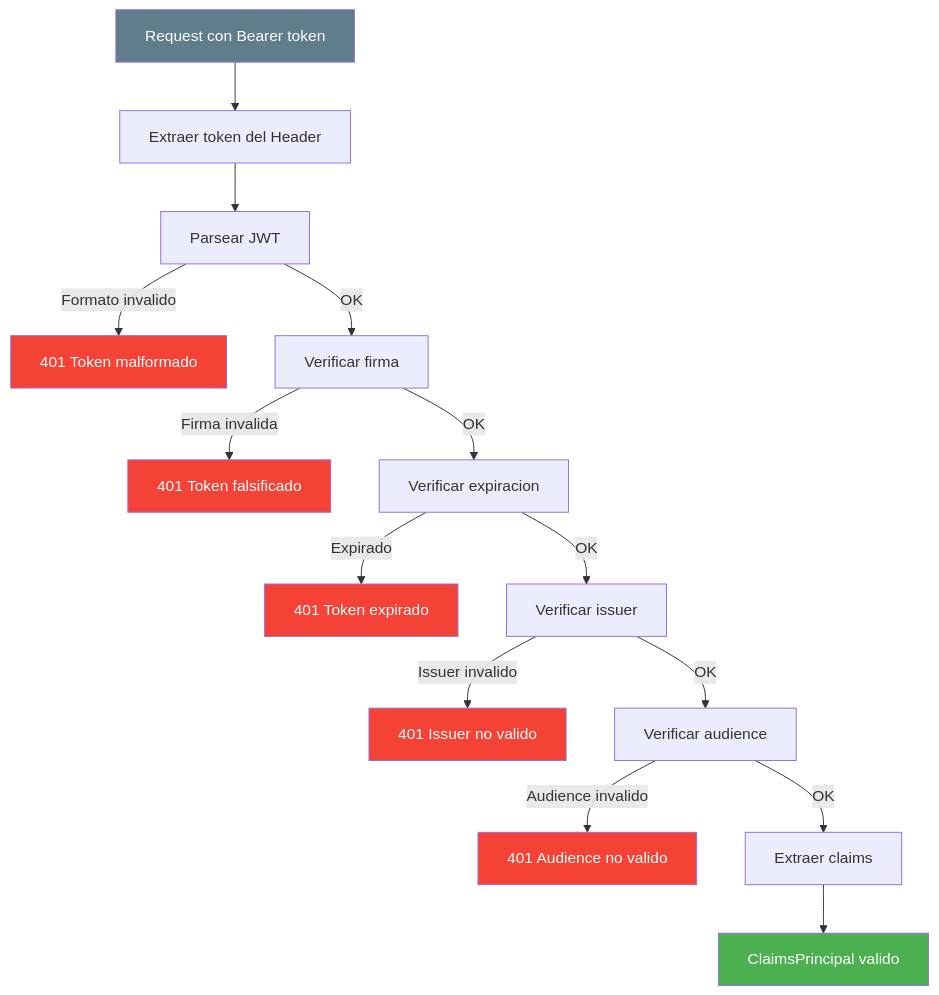
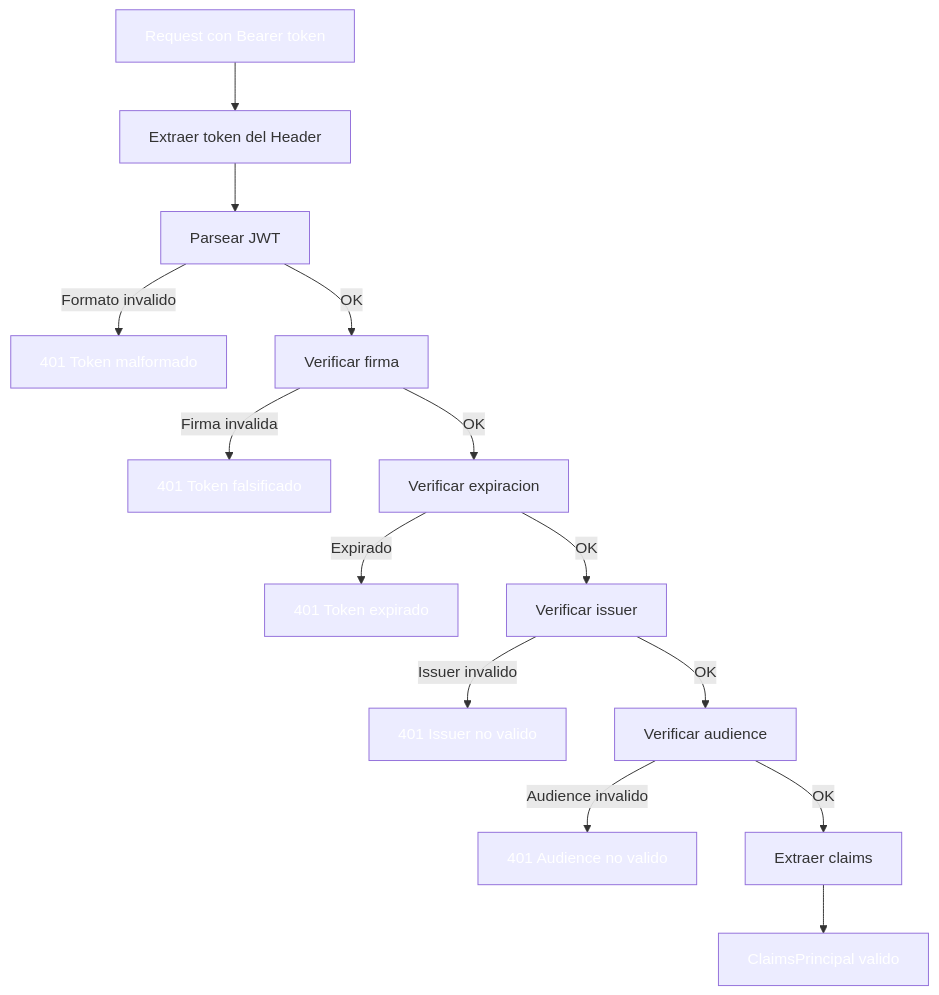
Before and after one commit to joseluisgs/DesarrolloWebEntornosServidor-02-2026-2027: the eighth of 15 diagrams in 16-autenticacion.md, drawn with Mermaid. The commit also changed other lines of this file and 41 other files, not shown here.

````diff
--- a/16-autenticacion.md
+++ b/16-autenticacion.md
@@ -335,24 +335,24 @@
 ```mermaid
 flowchart TD
     A[Request con Bearer token] --> B[Extraer token del Header]
     B --> C[Parsear JWT]
     C -->|Formato invalido| D[401 Token malformado]
     C -->|OK| E[Verificar firma]
     E -->|Firma invalida| F[401 Token falsificado]
     E -->|OK| G[Verificar expiracion]
     G -->|Expirado| H[401 Token expirado]
     G -->|OK| I[Verificar issuer]
     I -->|Issuer invalido| J[401 Issuer no valido]
     I -->|OK| K[Verificar audience]
     K -->|Audience invalido| L[401 Audience no valido]
     K -->|OK| M[Extraer claims]
     M --> N[ClaimsPrincipal valido]
 
-    style A fill:#607D8B,color:#fff
-    style D fill:#f44336,color:#fff
-    style F fill:#f44336,color:#fff
-    style H fill:#f44336,color:#fff
-    style J fill:#f44336,color:#fff
-    style L fill:#f44336,color:#fff
-    style N fill:#4CAF50,color:#fff
+    style A fill:#607D8,color:#fffB,color:#fff
+    style D fill:#f4433,color:#fff6,color:#fff
+    style F fill:#f4433,color:#fff6,color:#fff
+    style H fill:#f4433,color:#fff6,color:#fff
+    style J fill:#f4433,color:#fff6,color:#fff
+    style L fill:#f4433,color:#fff6,color:#fff
+    style N fill:#4CAF5,color:#fff0,color:#fff
 ```
````
